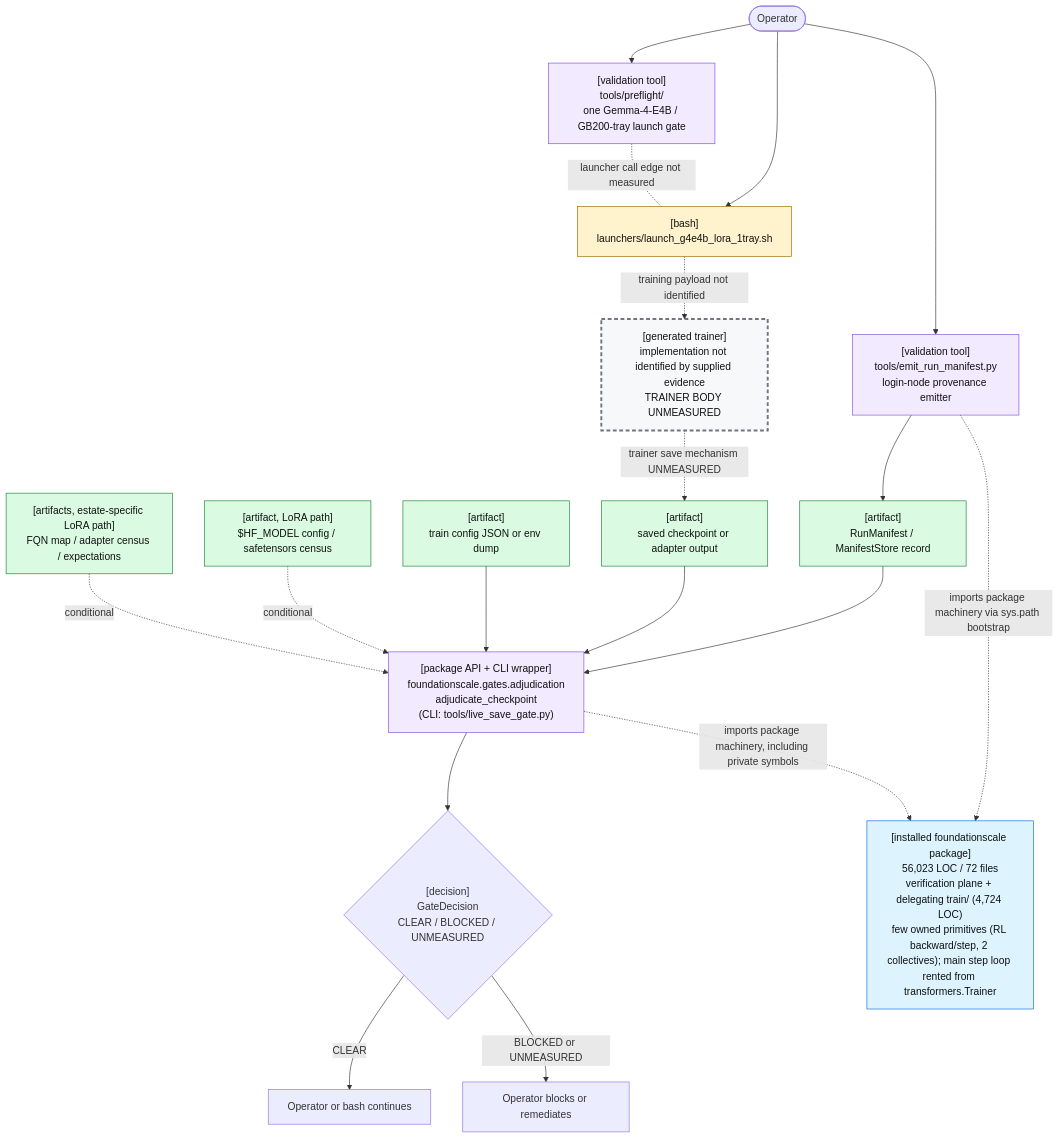
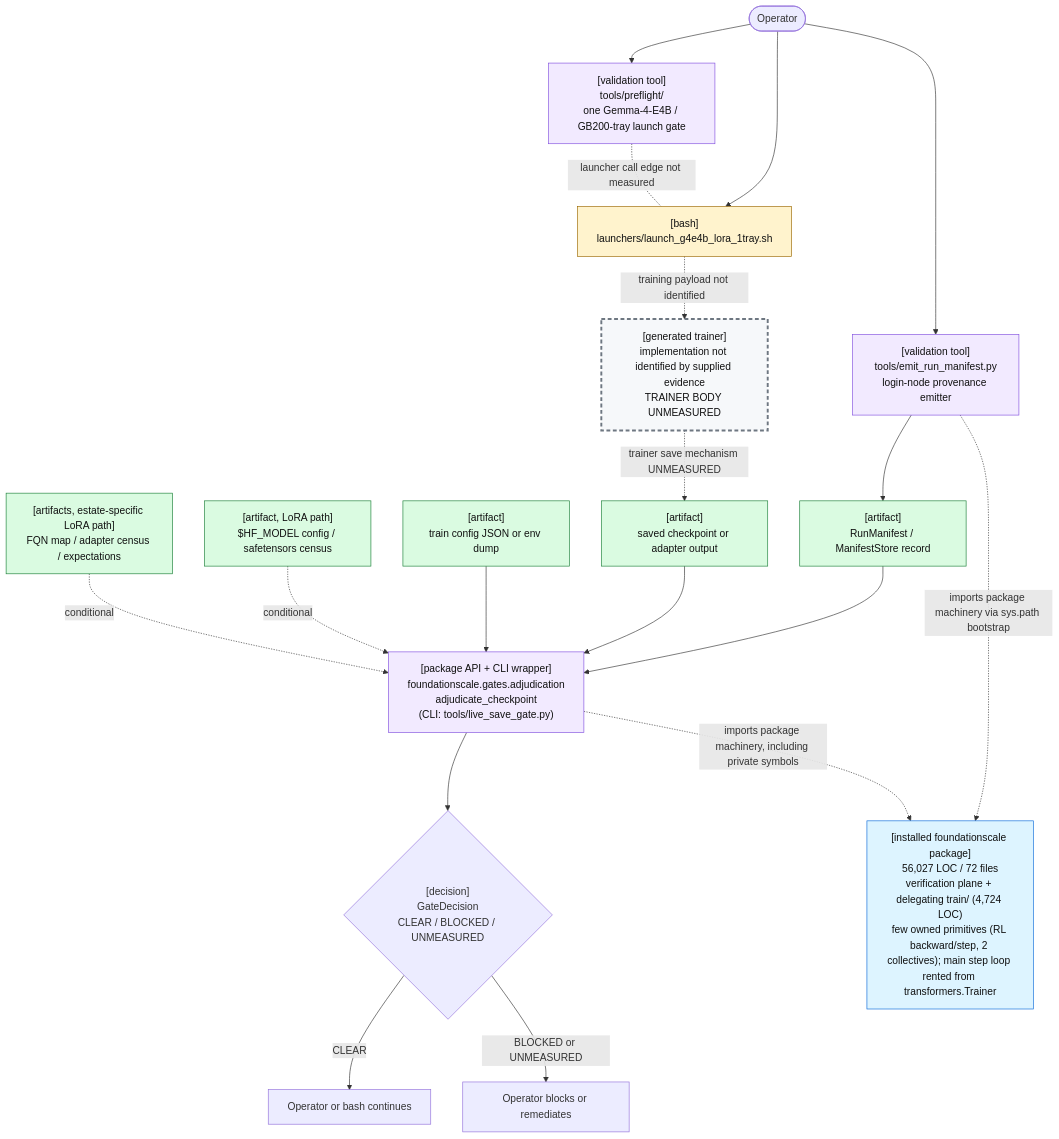
One commit to TranNhiem/FoundationScale changed the first of 2 diagrams in docs/review/D2_current_architecture.md. Above: the diagram before and after it, drawn with Mermaid. The commit also changed other lines of this file and 12 other files, not shown here.

````diff
--- a/docs/review/D2_current_architecture.md
+++ b/docs/review/D2_current_architecture.md
@@ -25,59 +25,59 @@
 ```mermaid
 flowchart TB
   O(["Operator"])
 
   PF["[validation tool]<br/>tools/preflight/<br/>one Gemma-4-E4B / GB200-tray launch gate"]
   L["[bash]<br/>launchers/launch_g4e4b_lora_1tray.sh"]
 
   E["[validation tool]<br/>tools/emit_run_manifest.py<br/>login-node provenance emitter"]
   M["[artifact]<br/>RunManifest / ManifestStore record"]
 
   T["[generated trainer]<br/>implementation not identified by supplied evidence<br/>TRAINER BODY UNMEASURED"]
   C["[artifact]<br/>saved checkpoint or adapter output"]
 
   G["[package API + CLI wrapper]<br/>foundationscale.gates.adjudication<br/>adjudicate_checkpoint<br/>(CLI: tools/live_save_gate.py)"]
   CFG["[artifact]<br/>train config JSON or env dump"]
   BASE["[artifact, LoRA path]<br/>$HF_MODEL config / safetensors census"]
   CEN["[artifacts, estate-specific LoRA path]<br/>FQN map / adapter census / expectations"]
 
   D{"[decision]<br/>GateDecision<br/>CLEAR / BLOCKED / UNMEASURED"}
   OK["Operator or bash continues"]
   NO["Operator blocks or remediates"]
 
-  PKG["[installed foundationscale package]<br/>56,023 LOC / 72 files<br/>verification plane + delegating train/ (4,724 LOC)<br/>few owned primitives (RL backward/step, 2 collectives); main step loop rented from transformers.Trainer"]
+  PKG["[installed foundationscale package]<br/>56,027 LOC / 72 files<br/>verification plane + delegating train/ (4,724 LOC)<br/>few owned primitives (RL backward/step, 2 collectives); main step loop rented from transformers.Trainer"]
 
   O --> PF
   O --> L
   PF -. "launcher call edge not measured" .- L
 
   O --> E
   E --> M
 
   L -. "training payload not identified" .-> T
   T -. "trainer save mechanism UNMEASURED" .-> C
 
   M --> G
   C --> G
   CFG --> G
   BASE -. "conditional" .-> G
   CEN -. "conditional" .-> G
 
   E -. "imports package machinery via sys.path bootstrap" .-> PKG
   G -. "imports package machinery, including private symbols" .-> PKG
 
   G --> D
   D -->|"CLEAR"| OK
   D -->|"BLOCKED or UNMEASURED"| NO
 
   classDef bash fill:#fff3cd,stroke:#9a6700,color:#111;
   classDef tool fill:#f2eaff,stroke:#8250df,color:#111;
   classDef artifact fill:#dafbe1,stroke:#1a7f37,color:#111;
   classDef gap fill:#f6f8fa,stroke:#6e7781,stroke-width:3px,stroke-dasharray: 6 4,color:#111;
   classDef pkg fill:#ddf4ff,stroke:#0969da,color:#111;
 
   class L bash;
   class PF,E,G tool;
   class M,C,CFG,BASE,CEN artifact;
   class T gap;
   class PKG pkg;
 ```
````
